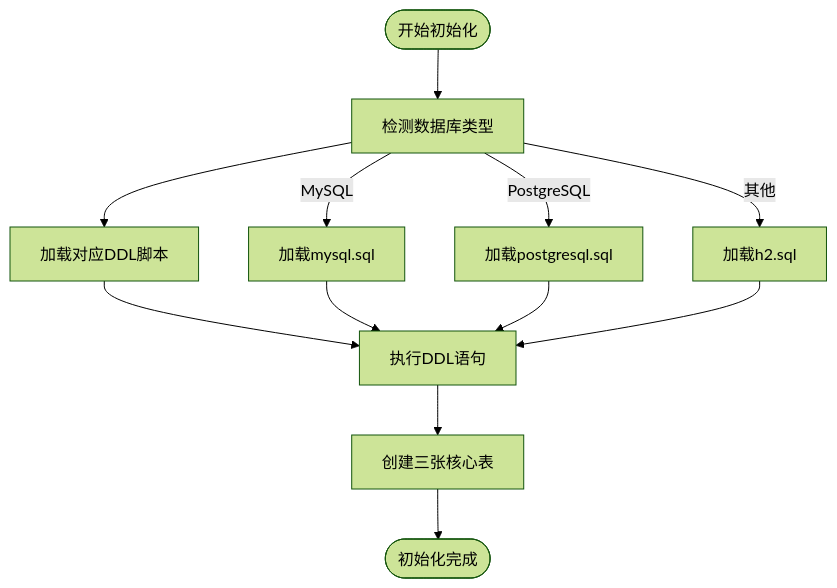
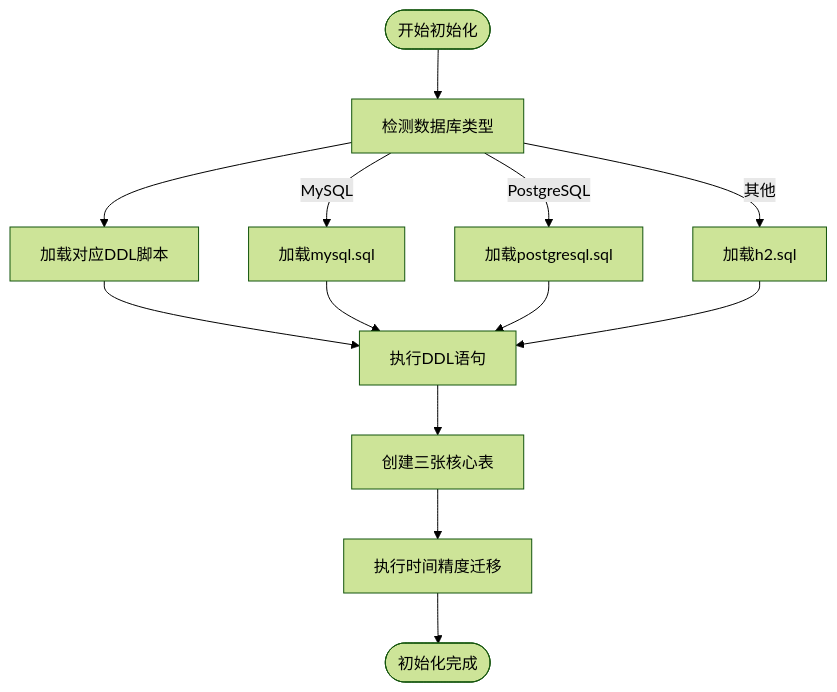
One commit to xiaoche80s-tech/state-machine-parent changed the sixth of 12 diagrams in .qoder/repowiki/zh/content/持久化层/数据库Schema设计.md. Above: the diagram before and after it, drawn with Mermaid (forest theme). The commit also changed other lines of this file and 17 other files, not shown here.

````diff
--- a/.qoder/repowiki/zh/content/持久化层/数据库Schema设计.md
+++ b/.qoder/repowiki/zh/content/持久化层/数据库Schema设计.md
@@ -407,14 +428,15 @@
 ```mermaid
 flowchart TD
 Start([开始初始化]) --> DetectDB["检测数据库类型"]
 DetectDB --> LoadSQL["加载对应DDL脚本"]
 LoadSQL --> ExecDDL["执行DDL语句"]
 ExecDDL --> CreateTables["创建三张核心表"]
-CreateTables --> InitComplete([初始化完成])
+CreateTables --> MigrateTS["执行时间精度迁移"]
+MigrateTS --> InitComplete([初始化完成])
 DetectDB --> |MySQL| LoadMySQL["加载mysql.sql"]
 DetectDB --> |PostgreSQL| LoadPG["加载postgresql.sql"]
 DetectDB --> |其他| LoadH2["加载h2.sql"]
 LoadMySQL --> ExecDDL
 LoadPG --> ExecDDL
 LoadH2 --> ExecDDL
 ```
````
